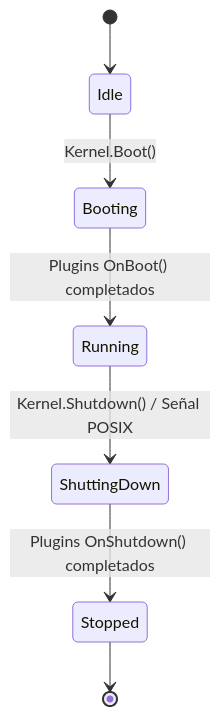
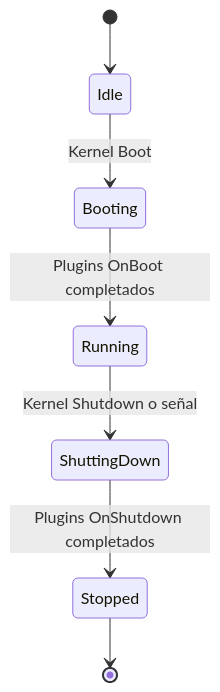
One commit to GountzJs/gountz-ia changed the first of 2 diagrams in docs/orchy/microkernel.md. Above: the diagram before and after it, drawn with Mermaid. The commit also changed other lines of this file and 14 other files, not shown here.

````diff
--- a/docs/orchy/microkernel.md
+++ b/docs/orchy/microkernel.md
@@ -24,9 +24,9 @@
 ```mermaid
 stateDiagram-v2
     [*] --> Idle
-    Idle --> Booting: Kernel.Boot()
-    Booting --> Running: Plugins OnBoot() completados
-    Running --> ShuttingDown: Kernel.Shutdown() / Señal POSIX
-    ShuttingDown --> Stopped: Plugins OnShutdown() completados
+    Idle --> Booting: Kernel Boot
+    Booting --> Running: Plugins OnBoot completados
+    Running --> ShuttingDown: Kernel Shutdown o señal
+    ShuttingDown --> Stopped: Plugins OnShutdown completados
     Stopped --> [*]
 ```
````
